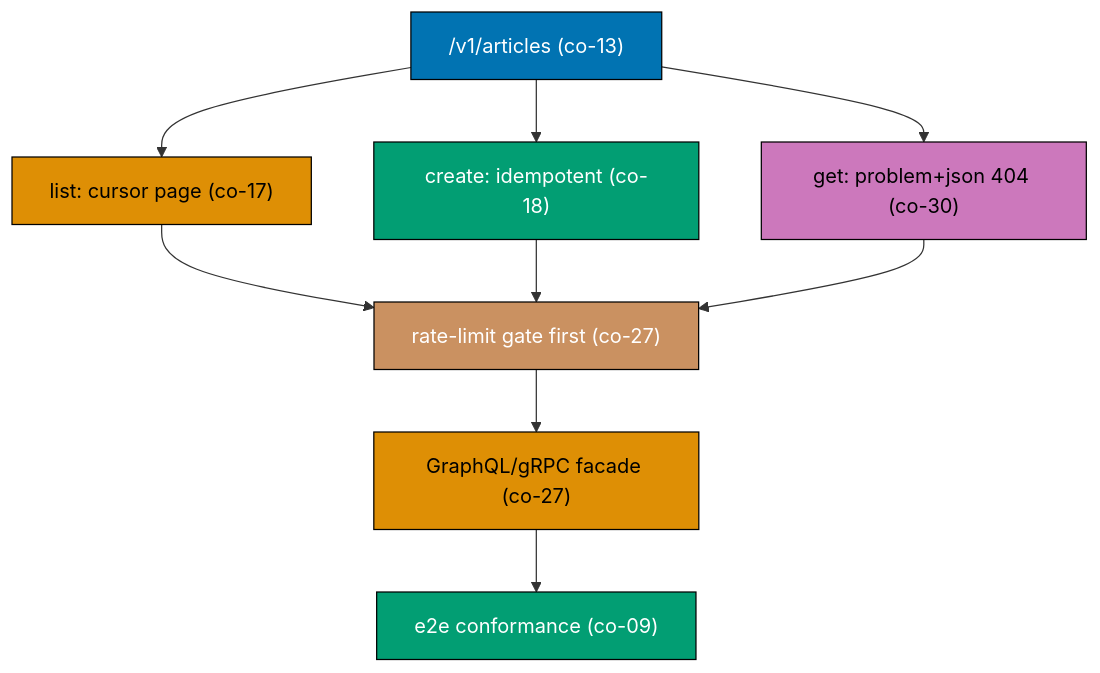
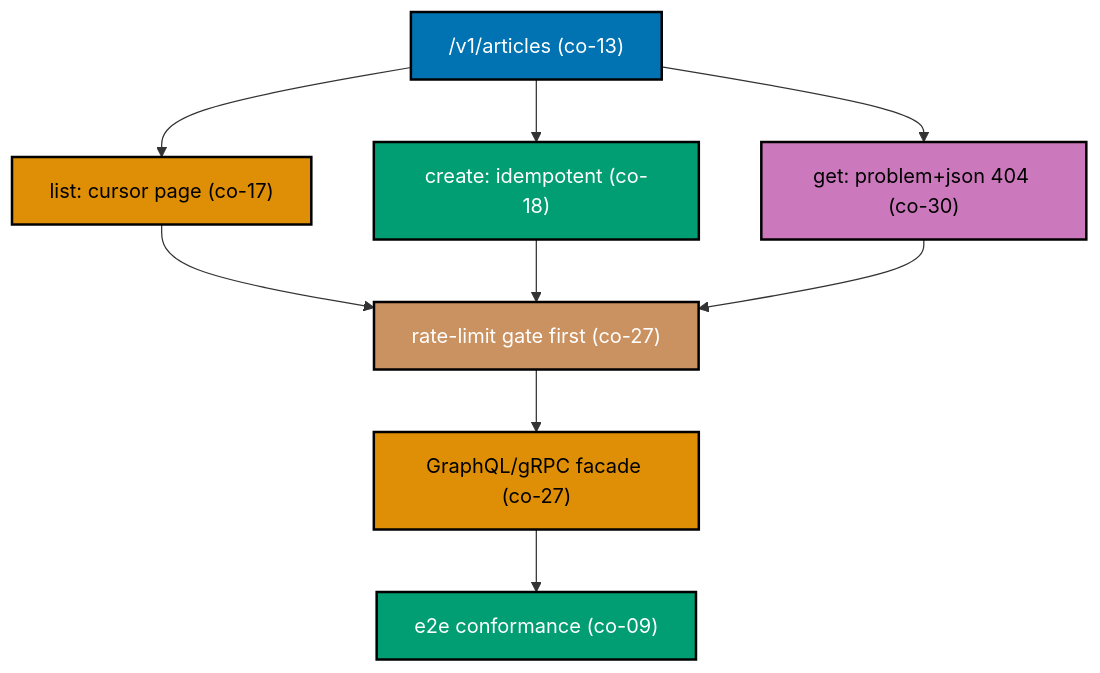
The tenth of 10 diagrams in apps/ayokoding-www/content/en/learn/courses/api-design/learning/advanced.md (wahidyankf/open-sharia-fintech), drawn with Mermaid before and after one commit. The commit also changed other lines of this file and 6 other files, not shown here.

````diff
--- a/apps/ayokoding-www/content/en/learn/courses/api-design/learning/advanced.md
+++ b/apps/ayokoding-www/content/en/learn/courses/api-design/learning/advanced.md
@@ -1889,18 +1906,21 @@
 ```mermaid
 %% Color Palette: Blue #0173B2, Orange #DE8F05, Teal #029E73, Purple #CC78BC, Brown #CA9161
 graph TD
     A["/v1/articles (co-13)"] --> B["list: cursor page (co-17)"]
     A --> C["create: idempotent (co-18)"]
     A --> D["get: problem+json 404 (co-30)"]
     B & C & D --> E["rate-limit gate first (co-27)"]
     E --> F["GraphQL/gRPC facade (co-27)"]
     F --> G["e2e conformance (co-09)"]
 
-    style A fill:#0173B2,stroke:#000,color:#fff
-    style B fill:#DE8F05,stroke:#000,color:#000
-    style C fill:#029E73,stroke:#000,color:#fff
-    style D fill:#CC78BC,stroke:#000,color:#000
-    style E fill:#CA9161,stroke:#000,color:#fff
-    style F fill:#DE8F05,stroke:#000,color:#000
-    style G fill:#029E73,stroke:#000,color:#fff
+    classDef blue fill:#0173B2,stroke:#000000,color:#FFFFFF,stroke-width:2px
+    classDef orange fill:#DE8F05,stroke:#000000,color:#000000,stroke-width:2px
+    classDef teal fill:#029E73,stroke:#000000,color:#FFFFFF,stroke-width:2px
+    classDef purple fill:#CC78BC,stroke:#000000,color:#000000,stroke-width:2px
+    classDef brown fill:#CA9161,stroke:#000000,color:#FFFFFF,stroke-width:2px
+    class A blue
+    class B,F orange
+    class C,G teal
+    class D purple
+    class E brown
 ```
````
